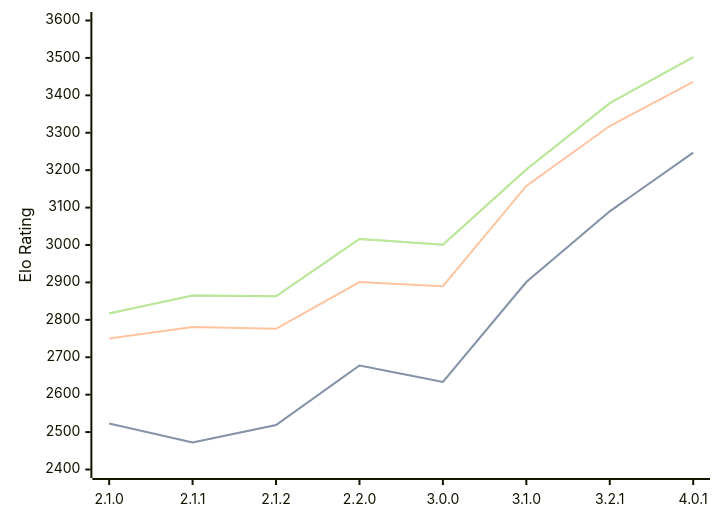
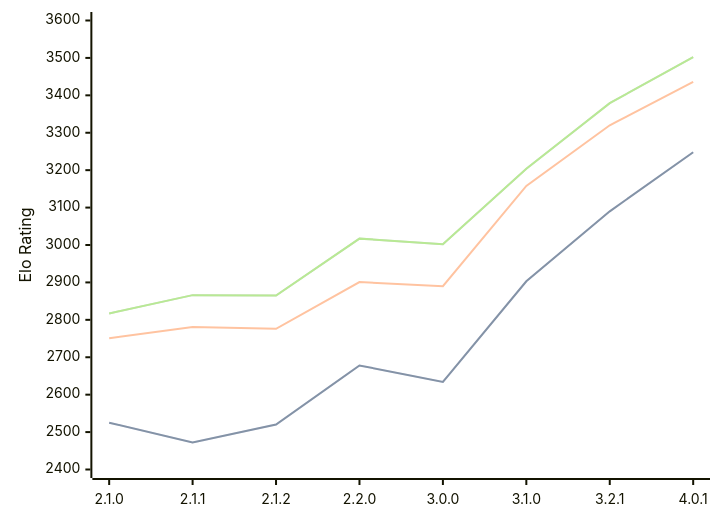
Before and after one commit to computer-chess-index/cci: the diagram in engines/Prune.md, drawn with Mermaid. The commit also changed other lines of this file, not shown here.

Commit message:
Update CCI Ratings (ELO VLTC) - 2026-08-21

````diff
--- a/engines/Prune.md
+++ b/engines/Prune.md
@@ -40,11 +40,11 @@
 ```mermaid
 %%{init: {"theme":"base","themeVariables":{"seriesColors:['#a3a3a3','#222221','#faa371']}}}%%
 xychart-beta
   x-axis ["2.1.0", "2.1.1", "2.1.2", "2.2.0", "3.0.0", "3.1.0", "3.2.1", "4.0.1"]
   y-axis "Elo Rating" 2400 --> 3600
-  line "STC (8.0+0.08s)" [2523, 2472, 2519, 2678, 2634, 2901, 3090, 3247]
-  line "STC (8.0+0.08s)" [2523, 2472, 2519, 2678, 2634, 2901, 3090, 3247]
-  line "LTC (60.0+0.60s)" [2750, 2781, 2776, 2901, 2890, 3158, 3318, 3436]
-  line "VLTC (2m24s+1.12s)" [2817, 2865, 2863, 3016, 3001, 3202, 3379, 3502]
-  line "VLTC (2m24s+1.12s)" [2817, 2865, 2863, 3016, 3001, 3202, 3379, 3502]
+  line "STC (8.0+0.08s)" [2525, 2472, 2520, 2678, 2634, 2903, 3090, 3248]
+  line "STC (8.0+0.08s)" [2525, 2472, 2520, 2678, 2634, 2903, 3090, 3248]
+  line "LTC (60.0+0.60s)" [2751, 2781, 2776, 2901, 2890, 3158, 3320, 3436]
+  line "VLTC (2m24s+1.12s)" [2817, 2866, 2865, 3017, 3002, 3204, 3379, 3502]
+  line "VLTC (2m24s+1.12s)" [2817, 2866, 2865, 3017, 3002, 3204, 3379, 3502]
 ```
````
